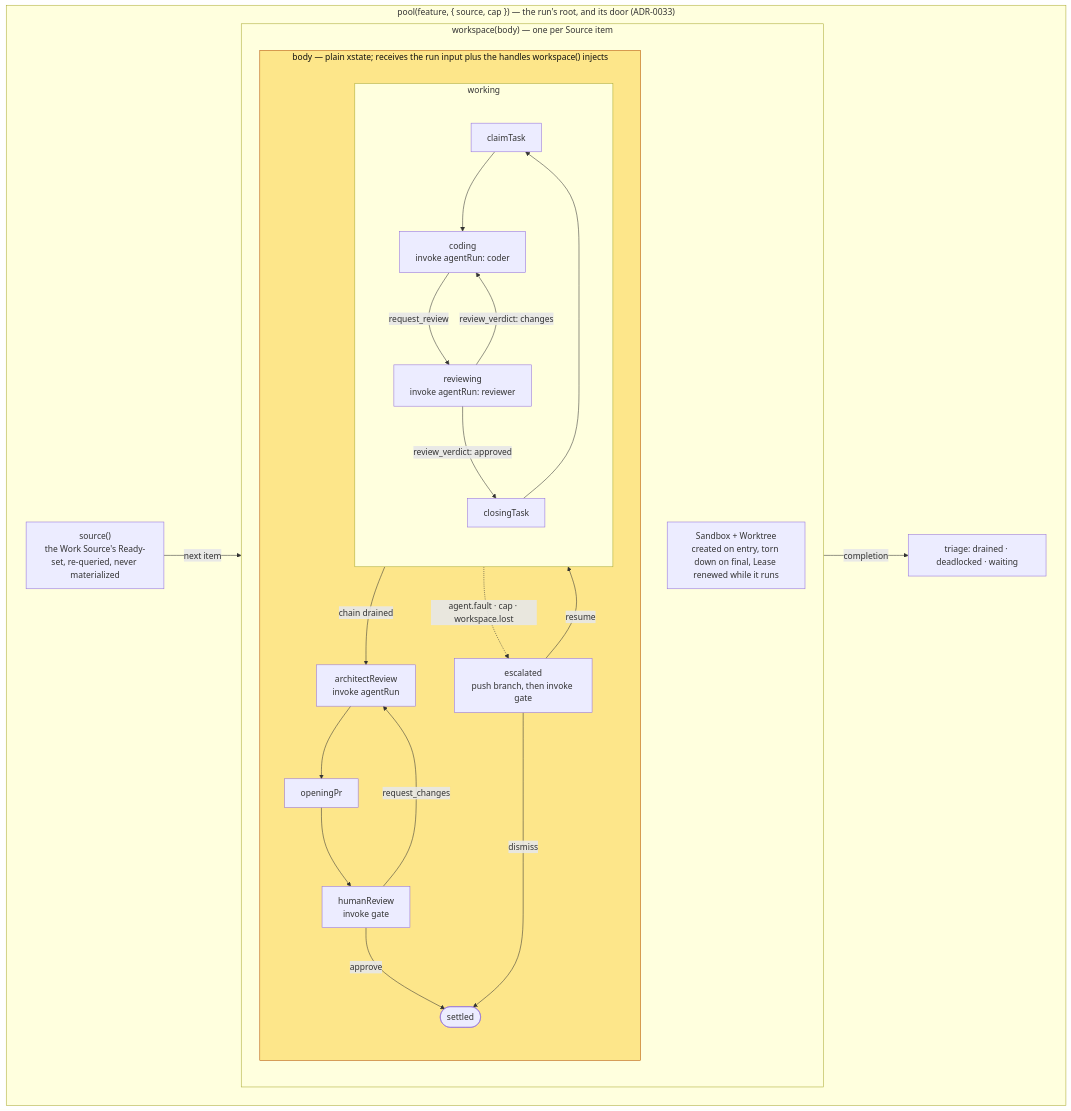
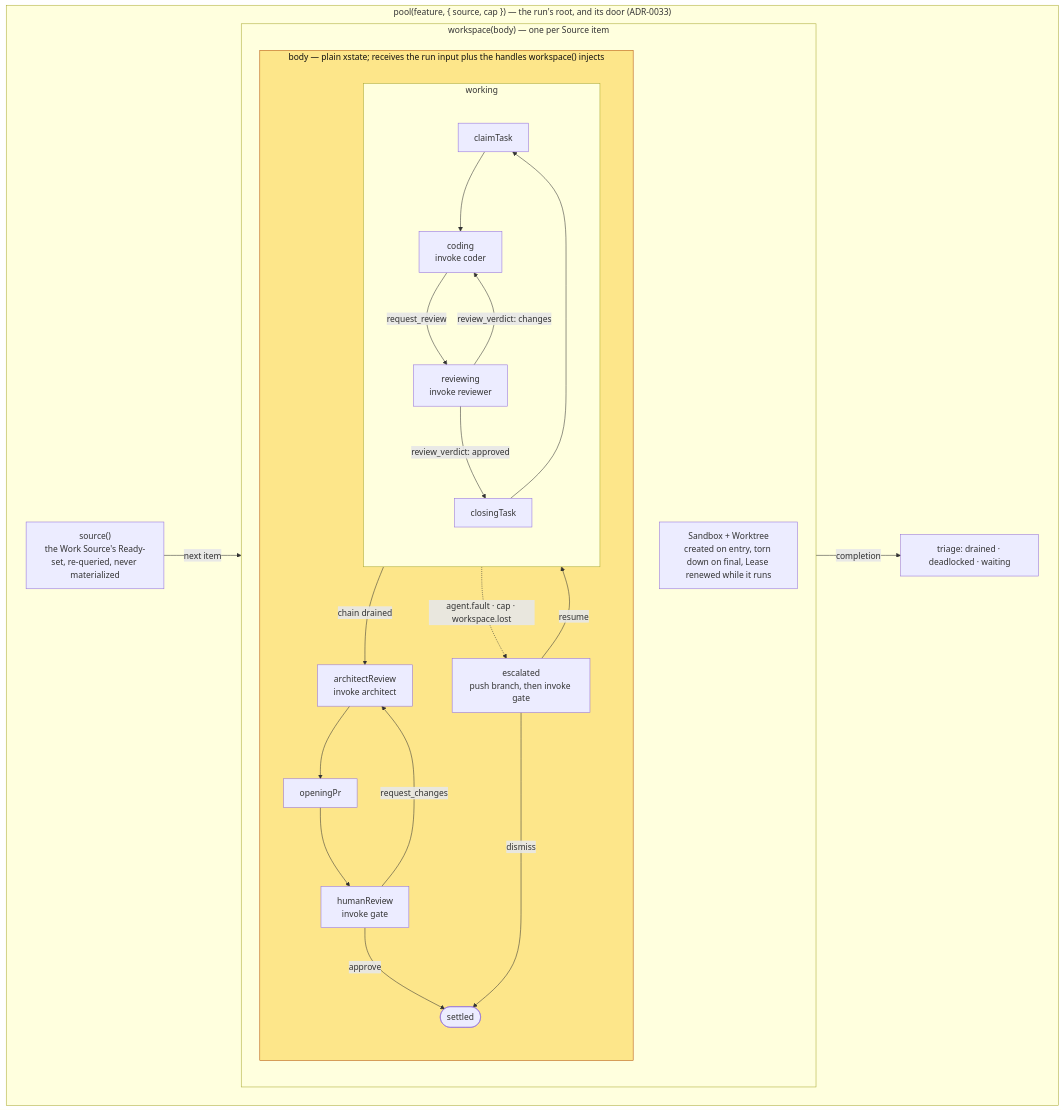
One commit to snapwich/jr2 changed the fourth of 4 diagrams in docs/architecture.md. Above: the diagram before and after it, drawn with Mermaid. The commit also changed other lines of this file and 53 other files, not shown here.

````diff
--- a/docs/architecture.md
+++ b/docs/architecture.md
@@ -225,34 +225,34 @@
 ```mermaid
 flowchart TB
   subgraph pool["pool(feature, { source, cap }) — the run's root, and its door (ADR-0033)"]
     src["source()<br/>the Work Source's Ready-set, re-queried, never materialized"]
     triage["triage: drained · deadlocked · waiting"]
 
     subgraph ws["workspace(body) — one per Source item"]
       sbx["Sandbox + Worktree<br/>created on entry, torn down on final, Lease renewed while it runs"]
 
       subgraph body["body — plain xstate; receives the run input plus the handles workspace() injects"]
         direction TB
         subgraph working["working"]
-          claim["claimTask"] --> coding["coding<br/>invoke agentRun: coder"]
-          coding -->|request_review| reviewing["reviewing<br/>invoke agentRun: reviewer"]
+          claim["claimTask"] --> coding["coding<br/>invoke coder"]
+          coding -->|request_review| reviewing["reviewing<br/>invoke reviewer"]
           reviewing -->|"review_verdict: changes"| coding
           reviewing -->|"review_verdict: approved"| closing["closingTask"] --> claim
         end
-        working -->|"chain drained"| arch["architectReview<br/>invoke agentRun"]
+        working -->|"chain drained"| arch["architectReview<br/>invoke architect"]
         arch --> pr["openingPr"] --> human["humanReview<br/>invoke gate"]
         human -->|approve| settled(["settled"])
         human -->|request_changes| arch
         working -.->|"agent.fault · cap · workspace.lost"| esc["escalated<br/>push branch, then invoke gate"]
         esc -->|resume| working
         esc -->|dismiss| settled
       end
     end
 
     src -->|"next item"| ws
     ws -->|"completion"| triage
   end
 
   classDef author fill:#fde68a,stroke:#b45309,color:#111
   class body author
 ```
````
